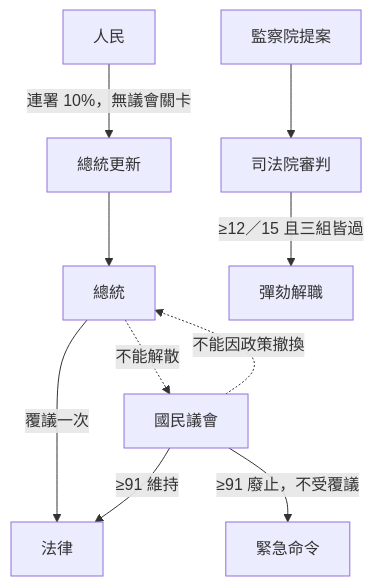
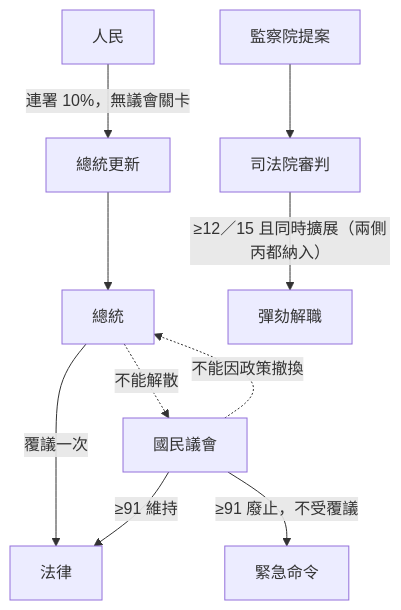
The third of 10 diagrams in topics/regime-designs/designs/台灣/一院總統制/憲政架構圖.md (IRonROOT578/Political-Economy-Research-Public), drawn with Mermaid before and after one commit. The commit also changed other lines of this file and 128 other files, not shown here.

````diff
--- a/topics/regime-designs/designs/台灣/一院總統制/憲政架構圖.md
+++ b/topics/regime-designs/designs/台灣/一院總統制/憲政架構圖.md
@@ -41,12 +41,12 @@
 ```mermaid
 flowchart TD
   Pres[總統] -.->|不能解散| NA[國民議會]
   NA -.->|不能因政策撤換| Pres
   Pres -->|覆議一次| Bill[法律]
   NA -->|≥91 維持| Bill
   NA -->|≥91 廢止，不受覆議| Order[緊急命令]
   People[人民] -->|連署 10%，無議會關卡| Update[總統更新]
   Update --> Pres
   S[監察院提案] --> J[司法院審判]
-  J -->|≥12／15 且三組皆過| Impeach[彈劾解職]
+  J -->|≥12／15 且同時擴展（兩側丙都納入）| Impeach[彈劾解職]
 ```
````
